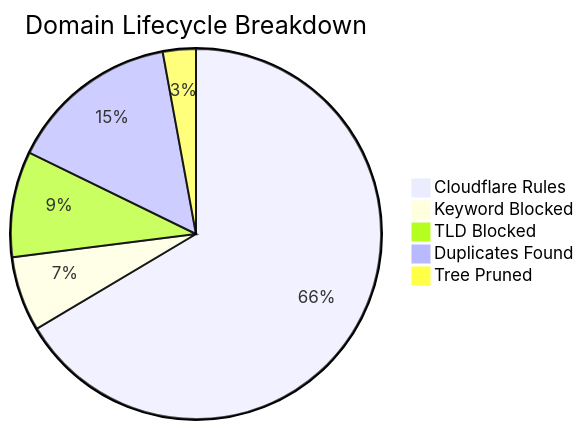
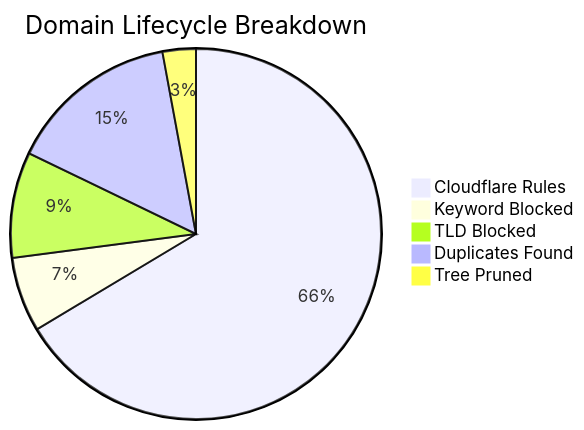
The diagram in README_STATS.md (brojangles24/Cloudflare-ZeroTrust-AdBlock), drawn with Mermaid before and after one commit. The commit also changed other lines of this file and 1 other file, not shown here.

````diff
--- a/README_STATS.md
+++ b/README_STATS.md
@@ -5,8 +5,8 @@
 ```mermaid
 pie title Domain Lifecycle Breakdown
-    "Cloudflare Rules" : 281229
-    "Keyword Blocked" : 27646
-    "TLD Blocked" : 39066
-    "Duplicates Found" : 63014
-    "Tree Pruned" : 12204
+    "Cloudflare Rules" : 281122
+    "Keyword Blocked" : 27645
+    "TLD Blocked" : 39074
+    "Duplicates Found" : 63192
+    "Tree Pruned" : 12302
 ```
````
